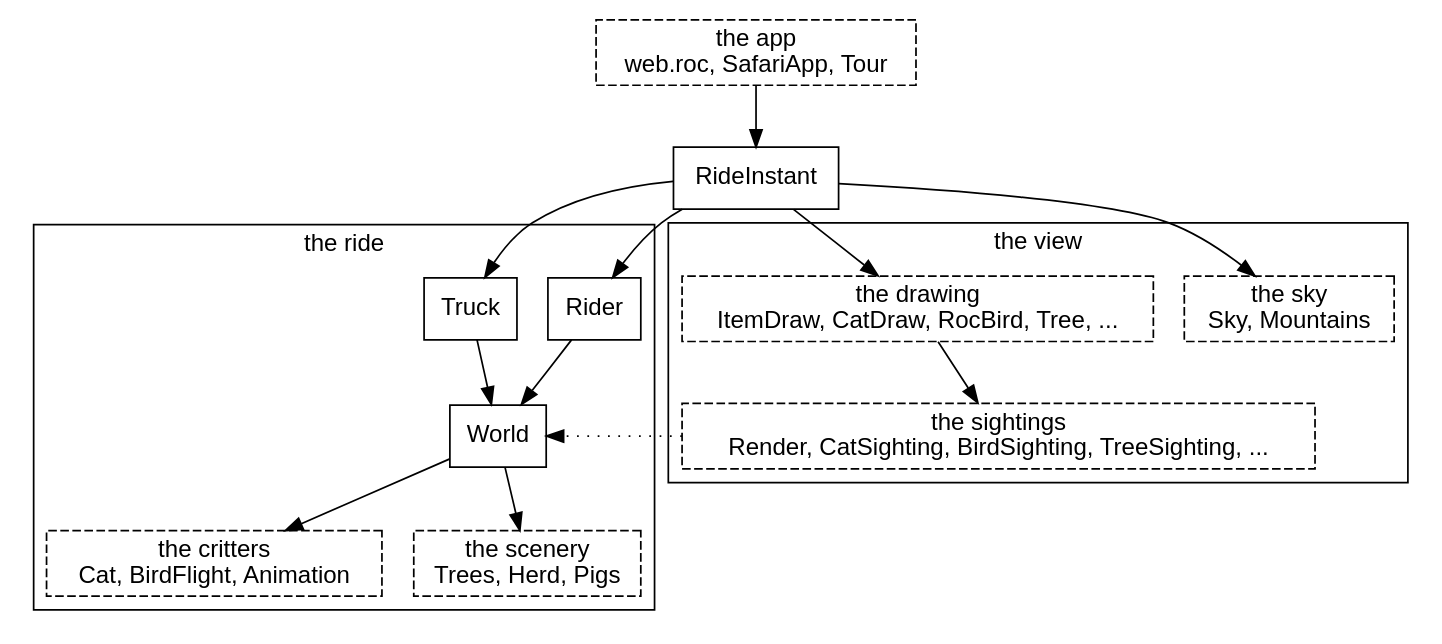
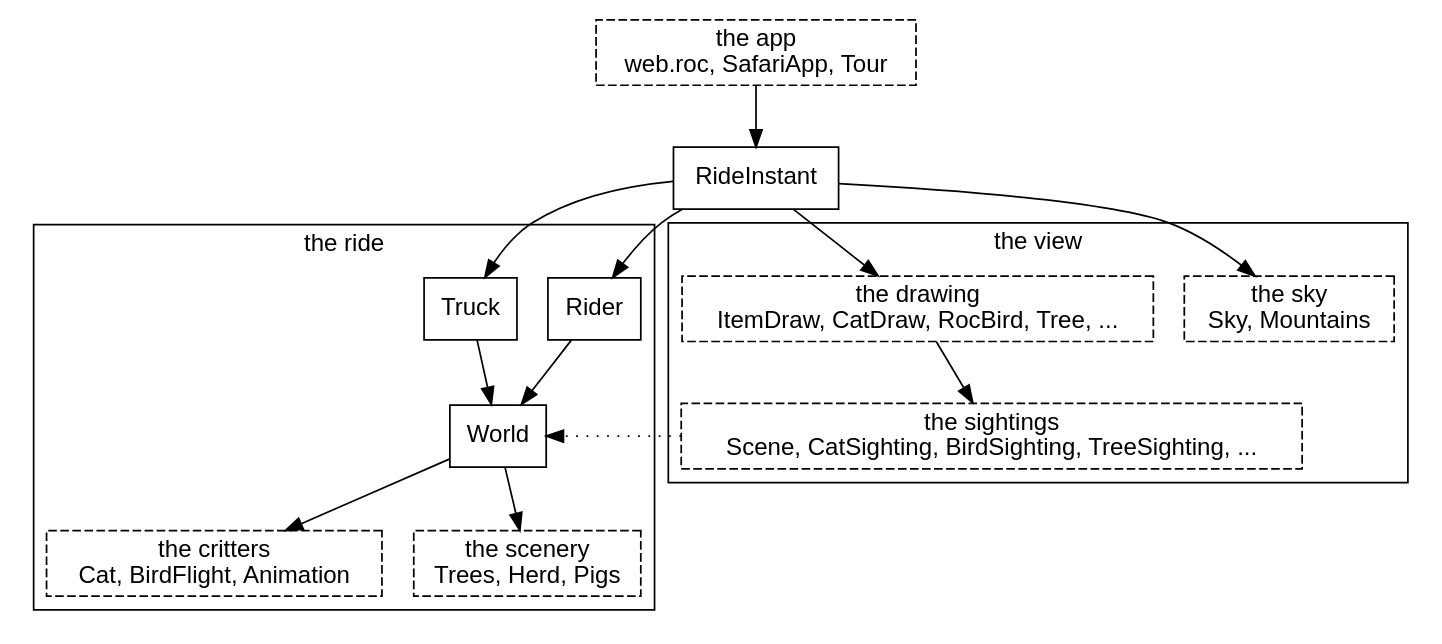
The second of 19 diagrams in canvas_apps/safari/tutorial/tutorial.md (showell/roc-apps), drawn with Graphviz before and after one commit. The commit also changed other lines of this file and 5 other files, not shown here.

First line of the commit message:
safari: Render becomes Scene

````diff
--- a/canvas_apps/safari/tutorial/tutorial.md
+++ b/canvas_apps/safari/tutorial/tutorial.md
@@ -84,30 +84,30 @@
 ```dot
 digraph system {
   node [shape=box, fontname="Helvetica"];
   fontname="Helvetica";
   app [label="the app\nweb.roc, SafariApp, Tour", style=dashed];
   subgraph cluster_ride {
     label="the ride";
     Rider; Truck; World;
     critters [label="the critters\nCat, BirdFlight, Animation", style=dashed];
     scenery [label="the scenery\nTrees, Herd, Pigs", style=dashed];
   }
   subgraph cluster_view {
     label="the view";
     sky [label="the sky\nSky, Mountains", style=dashed];
     drawing [label="the drawing\nItemDraw, CatDraw, RocBird, Tree, ...", style=dashed];
-    sightings [label="the sightings\nRender, CatSighting, BirdSighting, TreeSighting, ...", style=dashed];
+    sightings [label="the sightings\nScene, CatSighting, BirdSighting, TreeSighting, ...", style=dashed];
   }
   app -> RideInstant;
   RideInstant -> Rider;
   RideInstant -> Truck;
   Rider -> World;
   Truck -> World;
   World -> critters;
   World -> scenery;
   RideInstant -> sky;
   RideInstant -> drawing;
   drawing -> sightings;
   sightings -> World [style=dotted, constraint=false];
 }
 ```
````
